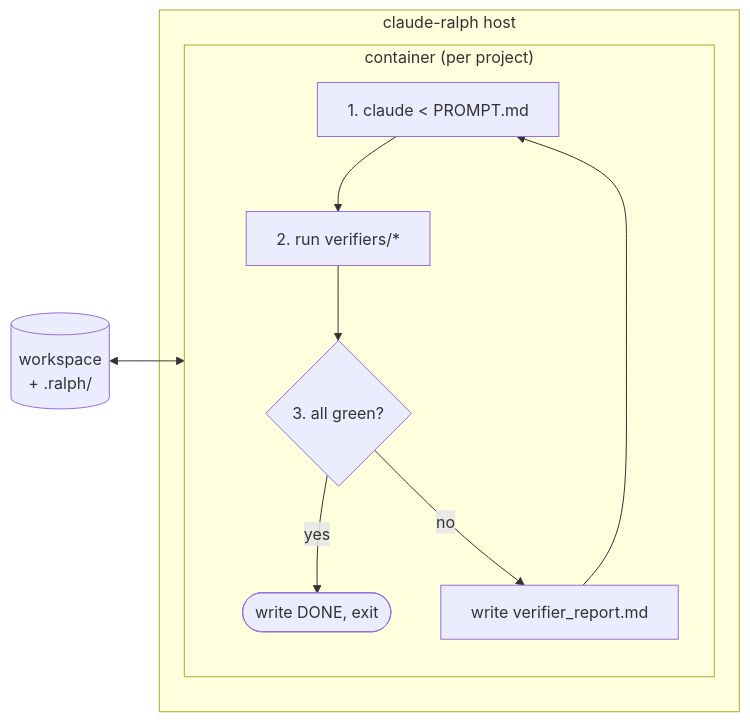
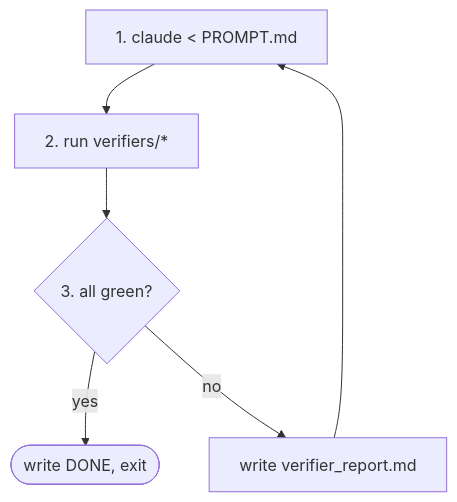
One commit to soniccyclone/claude-ralphs changed the diagram in README.md. Above: the diagram before and after it, drawn with Mermaid. The commit also changed other lines of this file, not shown here.

First line of the commit message:
Drop container management from scope; rework install for normies

````diff
--- a/README.md
+++ b/README.md
@@ -18,21 +17,12 @@
 ```mermaid
-flowchart LR
-    workspace[(workspace<br/>+ .ralph/)]
+flowchart TB
+    prompt["1. claude &lt; PROMPT.md"]
+    verify["2. run verifiers/*"]
+    gate{"3. all green?"}
+    report["write verifier_report.md"]
+    done(["write DONE, exit"])
 
-    subgraph host["claude-ralph host"]
-        subgraph container["container (per project)"]
-            direction TB
-            prompt["1. claude &lt; PROMPT.md"]
-            verify["2. run verifiers/*"]
-            gate{"3. all green?"}
-            report["write verifier_report.md"]
-            done(["write DONE, exit"])
-
-            prompt --> verify --> gate
-            gate -- yes --> done
-            gate -- no --> report --> prompt
-        end
-    end
-
-    workspace <--> container
+    prompt --> verify --> gate
+    gate -- yes --> done
+    gate -- no --> report --> prompt
 ```
````
